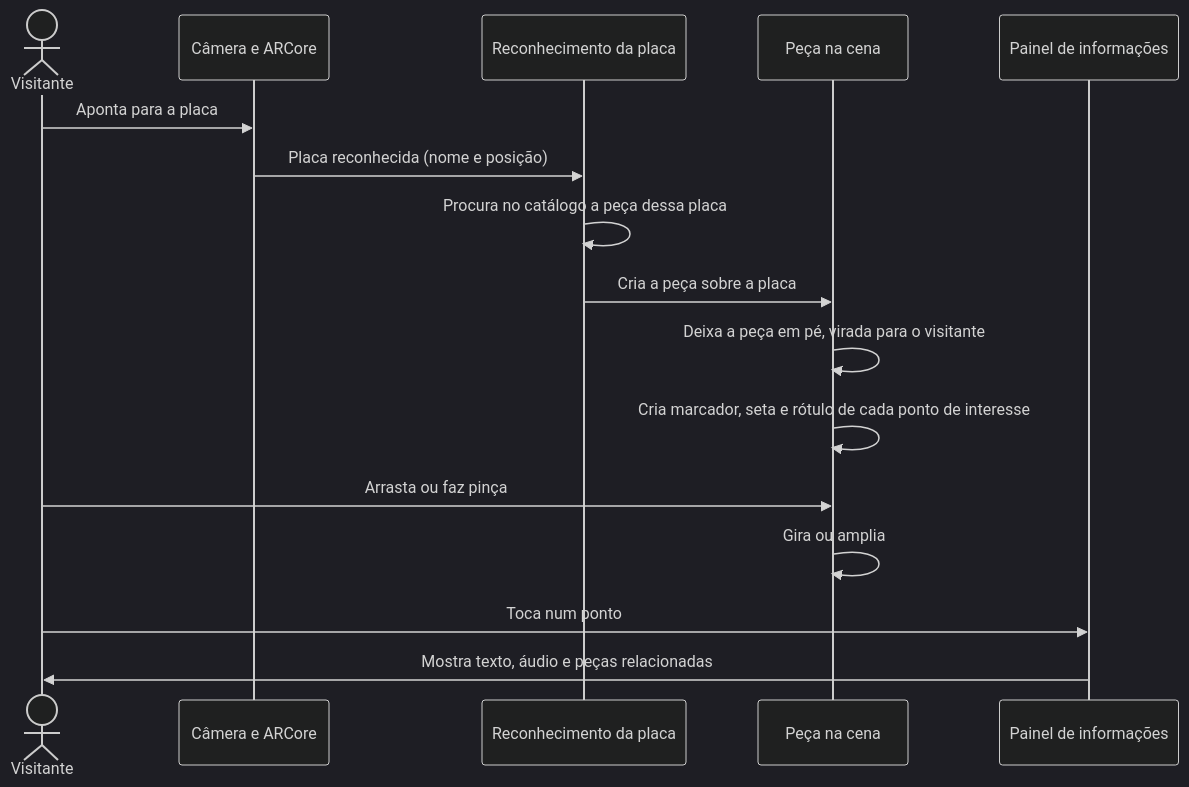
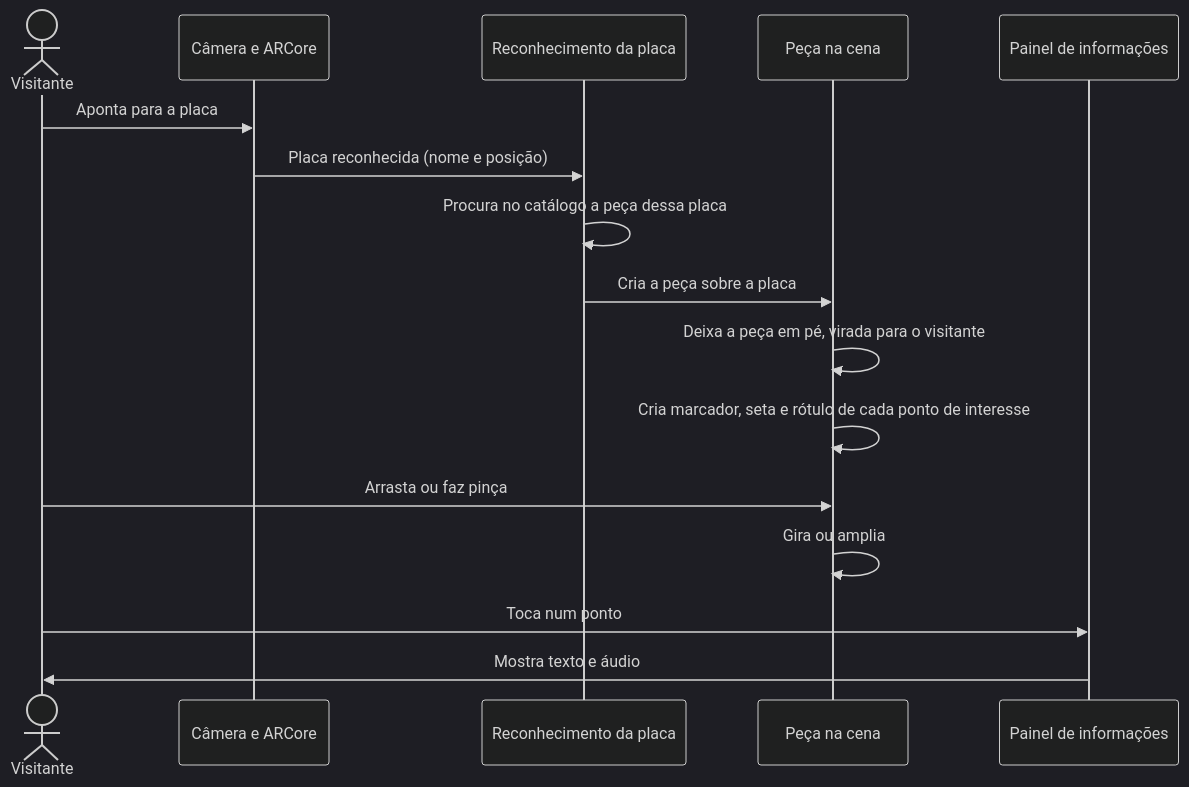
The second of 4 diagrams in README.md (Kayke-Denelle/UPX-ARMOBILE), drawn with Mermaid (dark theme) before and after one commit. The commit also changed other lines of this file and 11 other files, not shown here.

````diff
--- a/README.md
+++ b/README.md
@@ -224,19 +219,19 @@
 ```mermaid
 sequenceDiagram
     actor V as Visitante
     participant C as Câmera e ARCore
     participant R as Reconhecimento da placa
     participant P as Peça na cena
     participant I as Painel de informações
 
     V->>C: Aponta para a placa
     C->>R: Placa reconhecida (nome e posição)
     R->>R: Procura no catálogo a peça dessa placa
     R->>P: Cria a peça sobre a placa
     P->>P: Deixa a peça em pé, virada para o visitante
     P->>P: Cria marcador, seta e rótulo de cada ponto de interesse
     V->>P: Arrasta ou faz pinça
     P->>P: Gira ou amplia
     V->>I: Toca num ponto
-    I->>V: Mostra texto, áudio e peças relacionadas
+    I->>V: Mostra texto e áudio
 ```
````
